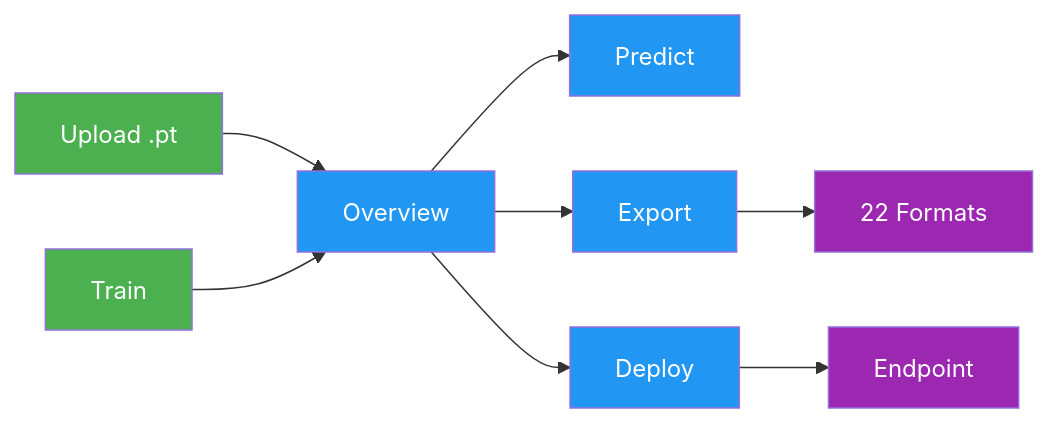
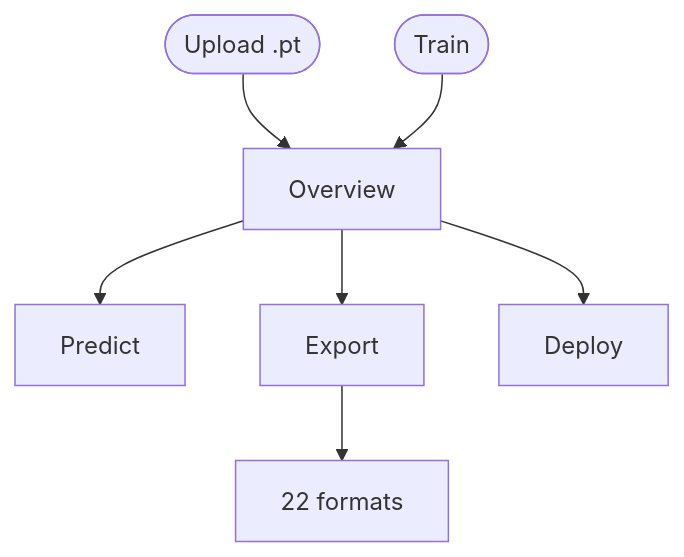
Before and after one commit to ultralytics/ultralytics: the first of 2 diagrams in docs/en/platform/train/models.md, drawn with Mermaid. The commit also changed other lines of this file and 20 other files, not shown here.

Commit message:
Migrate docs Mermaid diagrams to the unified design system (#26573)

````diff
--- a/docs/en/platform/train/models.md
+++ b/docs/en/platform/train/models.md
@@ -56,14 +56,9 @@
 ```mermaid
-graph LR
-    A[Upload .pt]:::start --> B[Overview]:::proc
-    C[Train]:::start --> B
-    B --> D[Predict]:::proc
-    B --> E[Export]:::proc
-    B --> F[Deploy]:::proc
-    E --> G[22 Formats]:::out
-    F --> H[Endpoint]:::out
-
-    classDef start fill:#4CAF50,color:#fff
-    classDef proc fill:#2196F3,color:#fff
-    classDef out fill:#9C27B0,color:#fff
+flowchart TD
+    A([Upload .pt]) --> C[Overview]
+    B([Train]) --> C
+    C --> D[Predict]
+    C --> E[Export]
+    C --> F[Deploy]
+    E --> G[22 formats]
 ```
````
